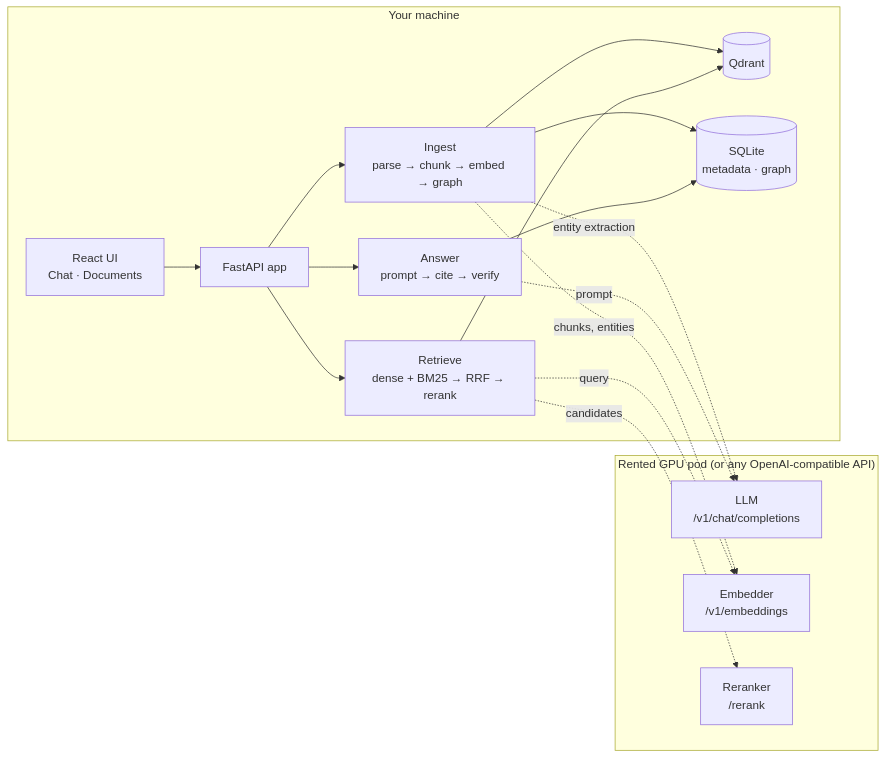
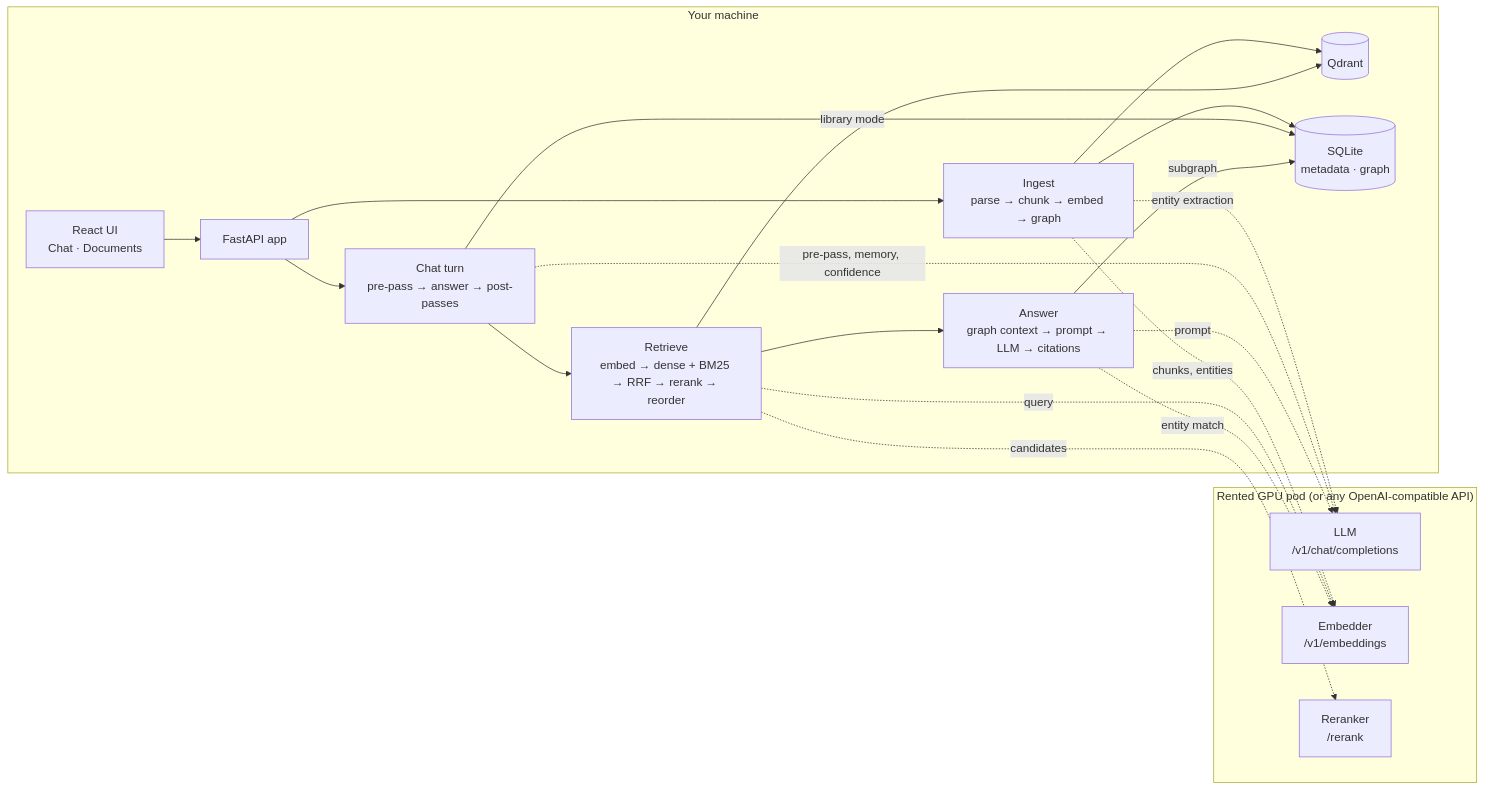
The first of 2 diagrams in README.md (14MM47/ragline), drawn with Mermaid before and after one commit. The commit also changed other lines of this file, not shown here.

First line of the commit message:
docs: make the How-it-works diagram match the real query path

````diff
--- a/README.md
+++ b/README.md
@@ -43,23 +45,27 @@
 ```mermaid
 flowchart LR
   subgraph local["Your machine"]
     UI["React UI<br/>Chat · Documents"] --> API["FastAPI app"]
     API --> ING["Ingest<br/>parse → chunk → embed → graph"]
-    API --> RET["Retrieve<br/>dense + BM25 → RRF → rerank"]
-    API --> ANS["Answer<br/>prompt → cite → verify"]
+    API --> CHAT["Chat turn<br/>pre-pass → answer → post-passes"]
+    CHAT --> RET["Retrieve<br/>embed → dense + BM25 → RRF → rerank → reorder"]
+    RET --> ANS["Answer<br/>graph context → prompt → LLM → citations"]
     ING --> Q[("Qdrant")]
     ING --> DB[("SQLite<br/>metadata · graph")]
     RET --> Q
-    ANS --> DB
+    CHAT -- "library mode" --> DB
+    ANS -- "subgraph" --> DB
   end
   subgraph pod["Rented GPU pod (or any OpenAI-compatible API)"]
     LLM["LLM<br/>/v1/chat/completions"]
     EMB["Embedder<br/>/v1/embeddings"]
     RR["Reranker<br/>/rerank"]
   end
   ING -. chunks, entities .-> EMB
   ING -. entity extraction .-> LLM
+  CHAT -. pre-pass, memory, confidence .-> LLM
   RET -. query .-> EMB
   RET -. candidates .-> RR
+  ANS -. entity match .-> EMB
   ANS -. prompt .-> LLM
 ```
````
